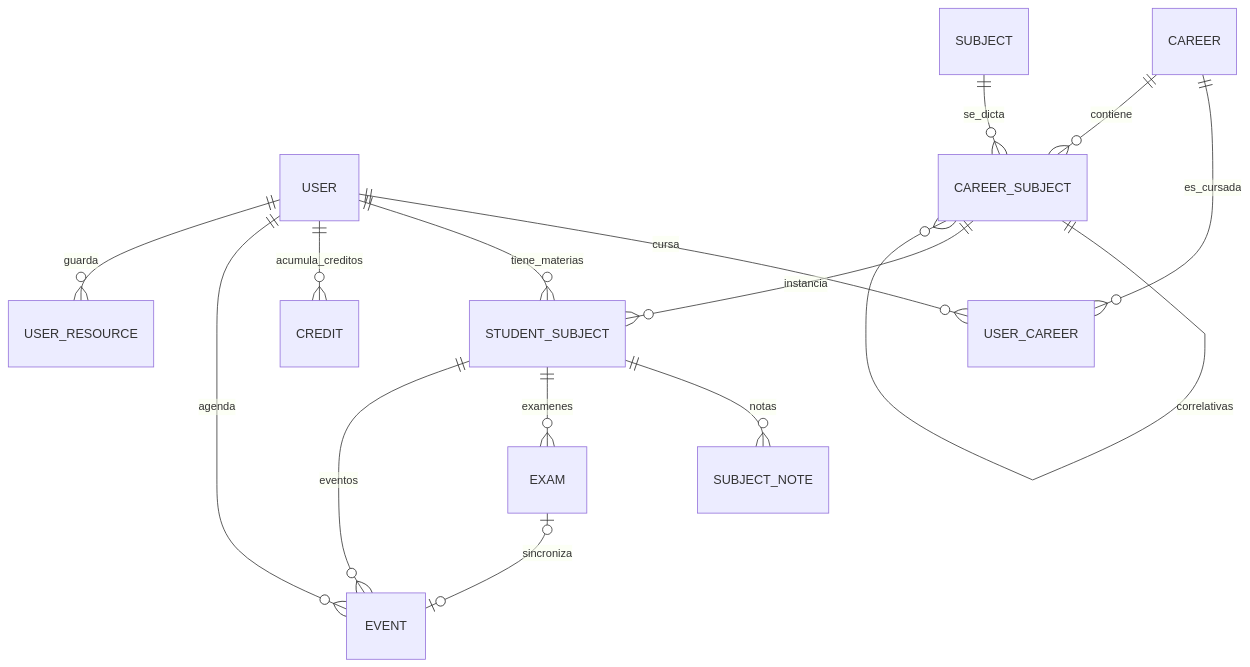
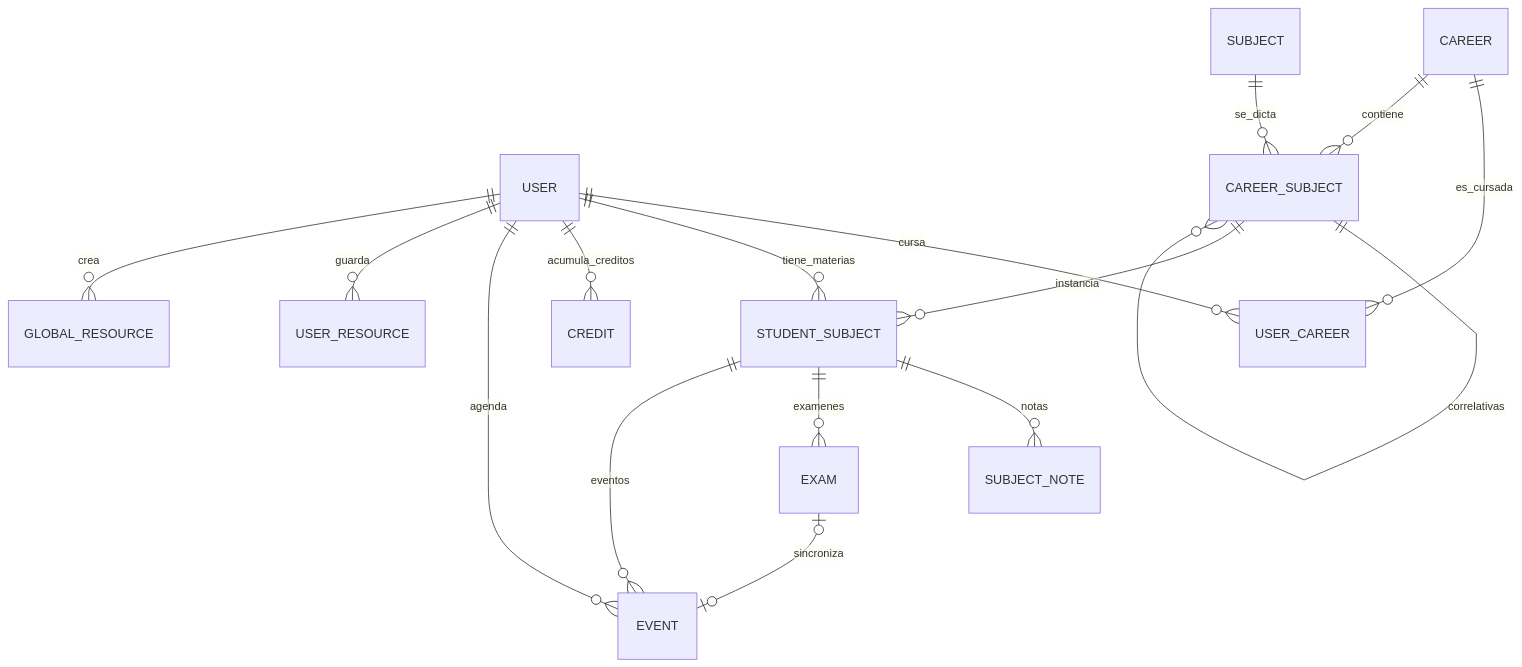
One commit to LeandroCantero/EstudiApp changed the diagram in docs/database-schema.md. Above: the diagram before and after it, drawn with Mermaid. The commit also changed other lines of this file and 93 other files, not shown here.

````diff
--- a/docs/database-schema.md
+++ b/docs/database-schema.md
@@ -9,19 +9,20 @@
 ```mermaid
 erDiagram
     USER ||--o{ USER_CAREER : cursa
     USER ||--o{ STUDENT_SUBJECT : tiene_materias
     USER ||--o{ CREDIT : acumula_creditos
     USER ||--o{ EVENT : agenda
     USER ||--o{ USER_RESOURCE : guarda
+    USER ||--o{ GLOBAL_RESOURCE : crea
     
     CAREER ||--o{ USER_CAREER : es_cursada
     CAREER ||--o{ CAREER_SUBJECT : contiene
     SUBJECT ||--o{ CAREER_SUBJECT : se_dicta
     CAREER_SUBJECT ||--o{ CAREER_SUBJECT : correlativas
     CAREER_SUBJECT ||--o{ STUDENT_SUBJECT : instancia
     
     STUDENT_SUBJECT ||--o{ SUBJECT_NOTE : notas
     STUDENT_SUBJECT ||--o{ EXAM : examenes
     STUDENT_SUBJECT ||--o{ EVENT : eventos
     EXAM |o--o| EVENT : sincroniza
 ```
````
